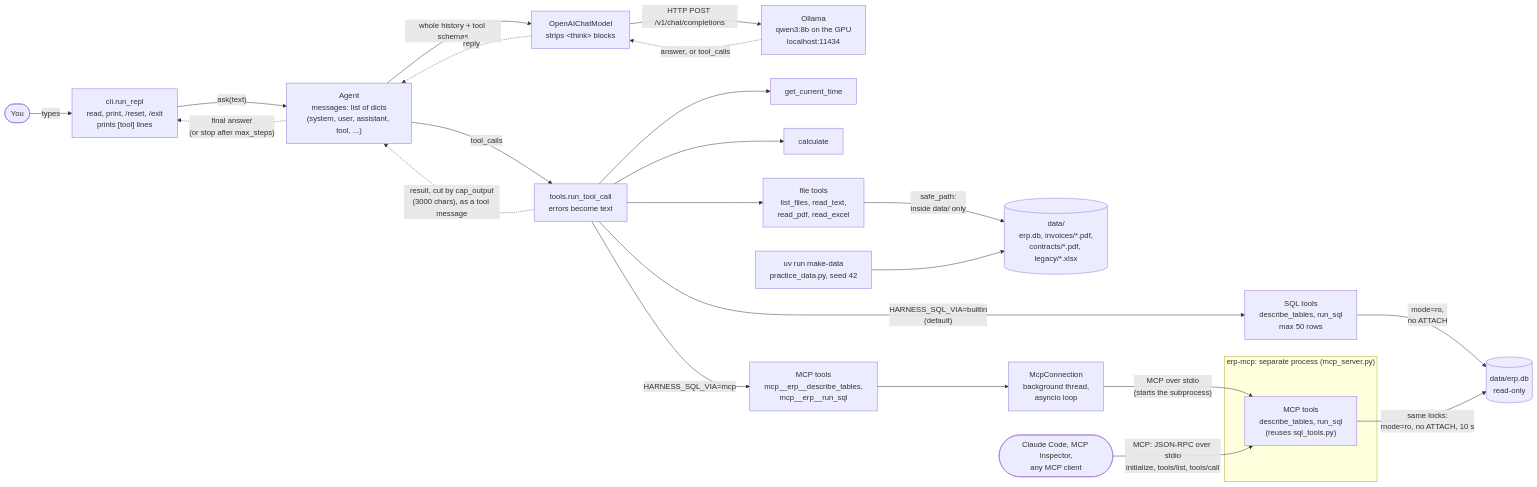
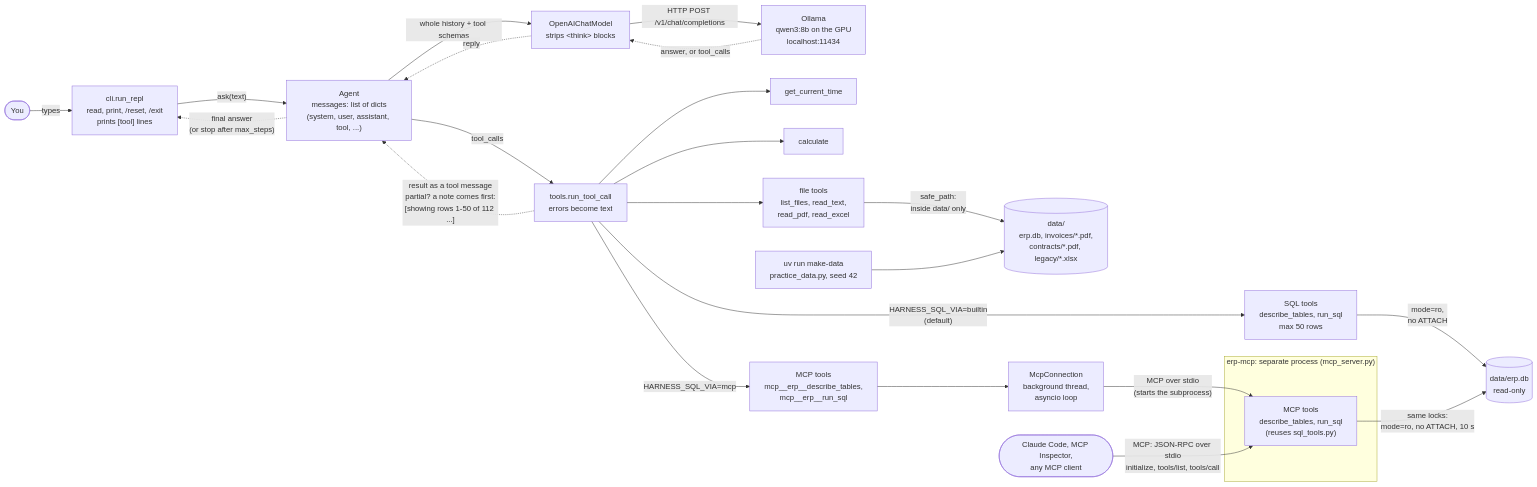
The diagram in docs/architecture.md (abilalakin/agent-harness-from-scratch), drawn with Mermaid before and after one commit. The commit also changed other lines of this file and 6 other files, not shown here.

Commit message:
feat: put partial-result notes first, with totals

````diff
--- a/docs/architecture.md
+++ b/docs/architecture.md
@@ -5,29 +5,29 @@
 ```mermaid
 flowchart LR
     User([You]) -- types --> CLI["cli.run_repl<br/>read, print, /reset, /exit<br/>prints [tool] lines"]
     CLI -- "ask(text)" --> Agent["Agent<br/>messages: list of dicts<br/>(system, user, assistant, tool, ...)"]
     Agent -- "whole history + tool schemas" --> Model["OpenAIChatModel<br/>strips &lt;think&gt; blocks"]
     Model -- "HTTP POST /v1/chat/completions" --> Ollama["Ollama<br/>qwen3:8b on the GPU<br/>localhost:11434"]
     Ollama -. "answer, or tool_calls" .-> Model
     Model -. reply .-> Agent
     Agent -- "tool_calls" --> Runner["tools.run_tool_call<br/>errors become text"]
     Runner --> T1[get_current_time]
     Runner --> T2[calculate]
     Runner --> FT["file tools<br/>list_files, read_text,<br/>read_pdf, read_excel"]
     FT -- "safe_path:<br/>inside data/ only" --> Data
     Runner -- "HARNESS_SQL_VIA=builtin<br/>(default)" --> ST["SQL tools<br/>describe_tables, run_sql<br/>max 50 rows"]
     Runner -- "HARNESS_SQL_VIA=mcp" --> MT["MCP tools<br/>mcp__erp__describe_tables,<br/>mcp__erp__run_sql"]
     MT --> Conn["McpConnection<br/>background thread,<br/>asyncio loop"]
     Conn -- "MCP over stdio<br/>(starts the subprocess)" --> McpTools
     ST -- "mode=ro,<br/>no ATTACH" --> DB[("data/erp.db<br/>read-only")]
-    Runner -. "result, cut by cap_output<br/>(3000 chars), as a tool message" .-> Agent
+    Runner -. "result as a tool message<br/>partial? a note comes first:<br/>[showing rows 1-50 of 112 ...]" .-> Agent
     Agent -. "final answer<br/>(or stop after max_steps)" .-> CLI
 
     subgraph ErpMcp["erp-mcp: separate process (mcp_server.py)"]
         McpTools["MCP tools<br/>describe_tables, run_sql<br/>(reuses sql_tools.py)"]
     end
     McpTools -- "same locks:<br/>mode=ro, no ATTACH, 10 s" --> DB
     AnyClient(["Claude Code, MCP Inspector,<br/>any MCP client"]) -- "MCP: JSON-RPC over stdio<br/>initialize, tools/list, tools/call" --> McpTools
 
     MakeData["uv run make-data<br/>practice_data.py, seed 42"] --> Data[("data/<br/>erp.db, invoices/*.pdf,<br/>contracts/*.pdf, legacy/*.xlsx")]
 ```
````
